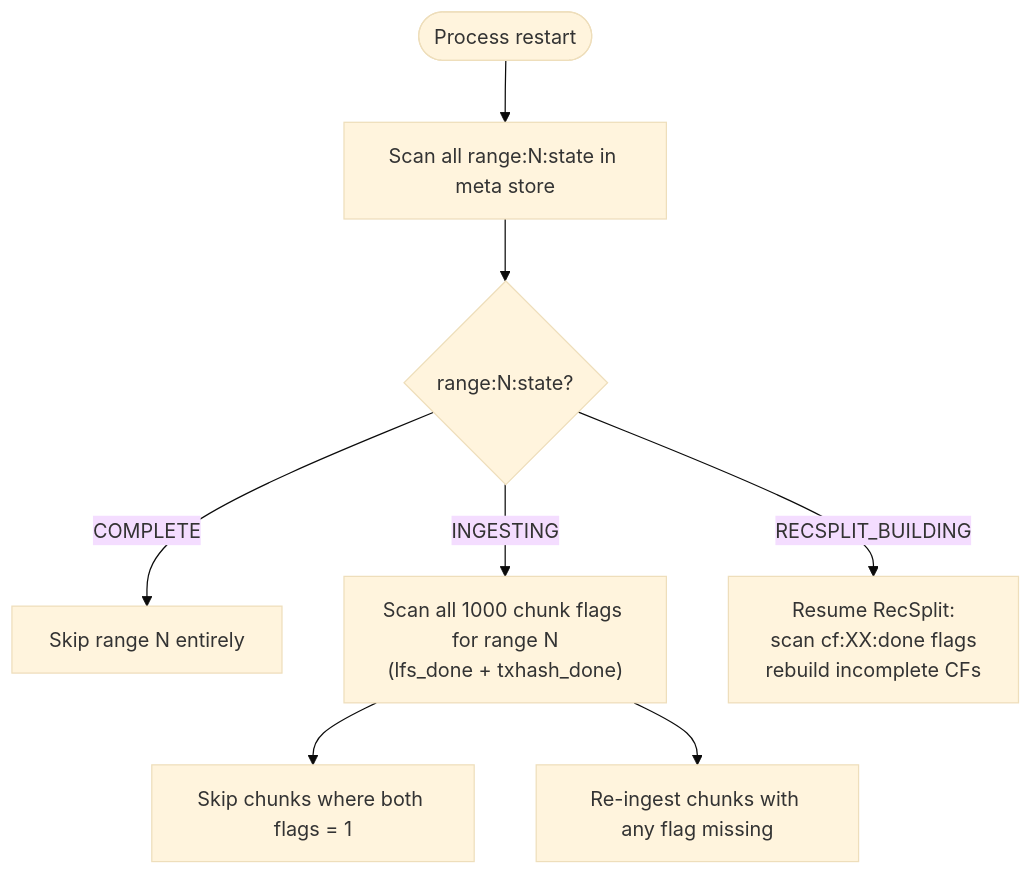
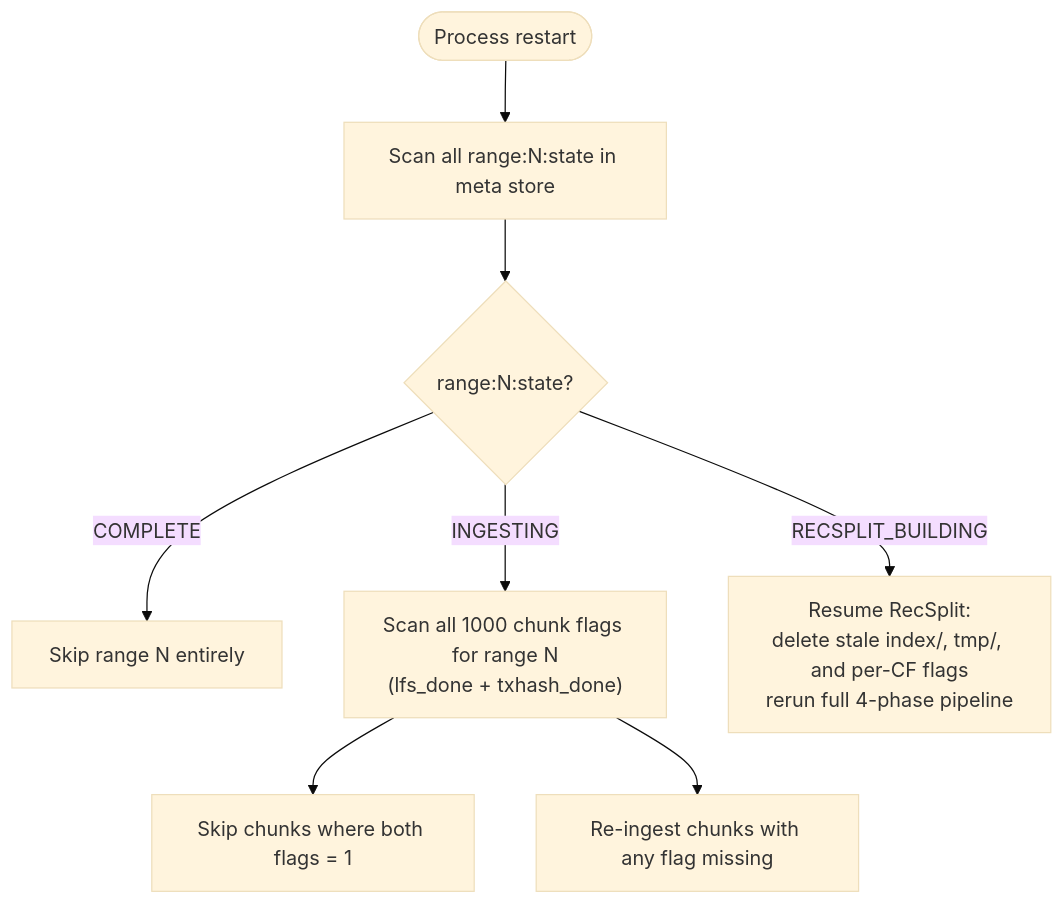
Before and after one commit to stellar/stellar-rpc: diagram 11 of 12 in full-history/design-docs/01-architecture-overview.md, drawn with Mermaid (base theme). The commit also changed other lines of this file and 6 other files, not shown here.

First line of the commit message:
Update design docs for 4-phase RecSplit pipeline and per-CF bookkeeping

````diff
--- a/full-history/design-docs/01-architecture-overview.md
+++ b/full-history/design-docs/01-architecture-overview.md
@@ -319,10 +319,10 @@
 ```mermaid
 flowchart TD
     START(["Process restart"]) --> SCAN_RANGES["Scan all range:N:state in meta store"]
     SCAN_RANGES --> CHECK_RANGE{range:N:state?}
     CHECK_RANGE -->|COMPLETE| SKIP_RANGE["Skip range N entirely"]
     CHECK_RANGE -->|INGESTING| SCAN_CHUNKS["Scan all 1000 chunk flags for range N\n(lfs_done + txhash_done)"]
-    CHECK_RANGE -->|RECSPLIT_BUILDING| RESUME_RS["Resume RecSplit:\nscan cf:XX:done flags\nrebuild incomplete CFs"]
+    CHECK_RANGE -->|RECSPLIT_BUILDING| RESUME_RS["Resume RecSplit:\ndelete stale index/, tmp/, and per-CF flags\nrerun full 4-phase pipeline"]
     SCAN_CHUNKS --> SKIP_DONE["Skip chunks where both flags = 1"]
     SCAN_CHUNKS --> REDO["Re-ingest chunks with any flag missing"]
 ```
````
